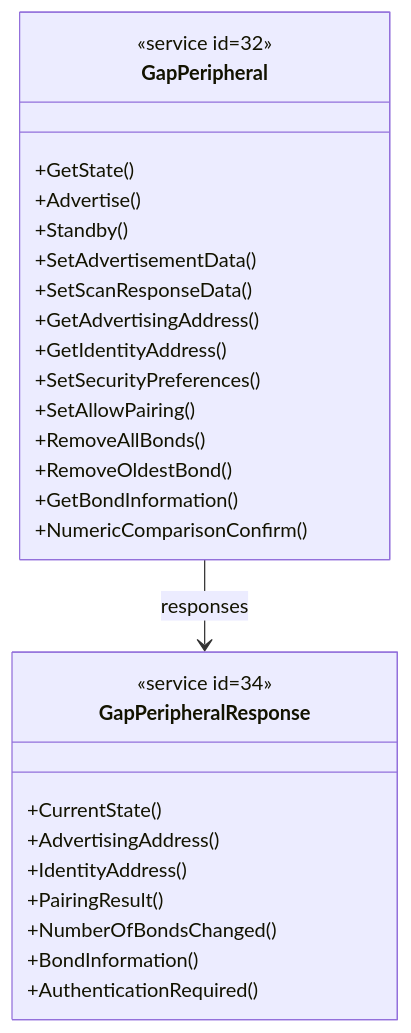
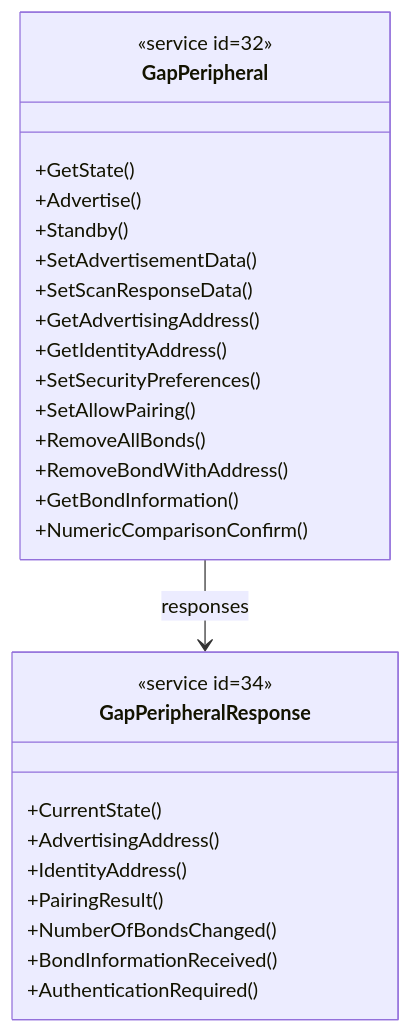
One commit to philips-software/amp-embedded-infra-lib changed the diagram in documents/modules/ROOT/partials/echoservices/gap_peripheral/GapPeripheral_class.mmd. Above: the diagram before and after it, drawn with Mermaid. The commit also changed 8 other files, not shown here.

Commit message:
update adoc and mermaid diagrams

```diff
--- a/documents/modules/ROOT/partials/echoservices/gap_peripheral/GapPeripheral_class.mmd
+++ b/documents/modules/ROOT/partials/echoservices/gap_peripheral/GapPeripheral_class.mmd
@@ -1,28 +1,28 @@
 classDiagram
     class GapPeripheral {
         <<service id=32>>
         +GetState()
         +Advertise()
         +Standby()
         +SetAdvertisementData()
         +SetScanResponseData()
         +GetAdvertisingAddress()
         +GetIdentityAddress()
         +SetSecurityPreferences()
         +SetAllowPairing()
         +RemoveAllBonds()
-        +RemoveOldestBond()
+        +RemoveBondWithAddress()
         +GetBondInformation()
         +NumericComparisonConfirm()
     }
     class GapPeripheralResponse {
         <<service id=34>>
         +CurrentState()
         +AdvertisingAddress()
         +IdentityAddress()
         +PairingResult()
         +NumberOfBondsChanged()
-        +BondInformation()
+        +BondInformationReceived()
         +AuthenticationRequired()
     }
     GapPeripheral --> GapPeripheralResponse : responses
```
